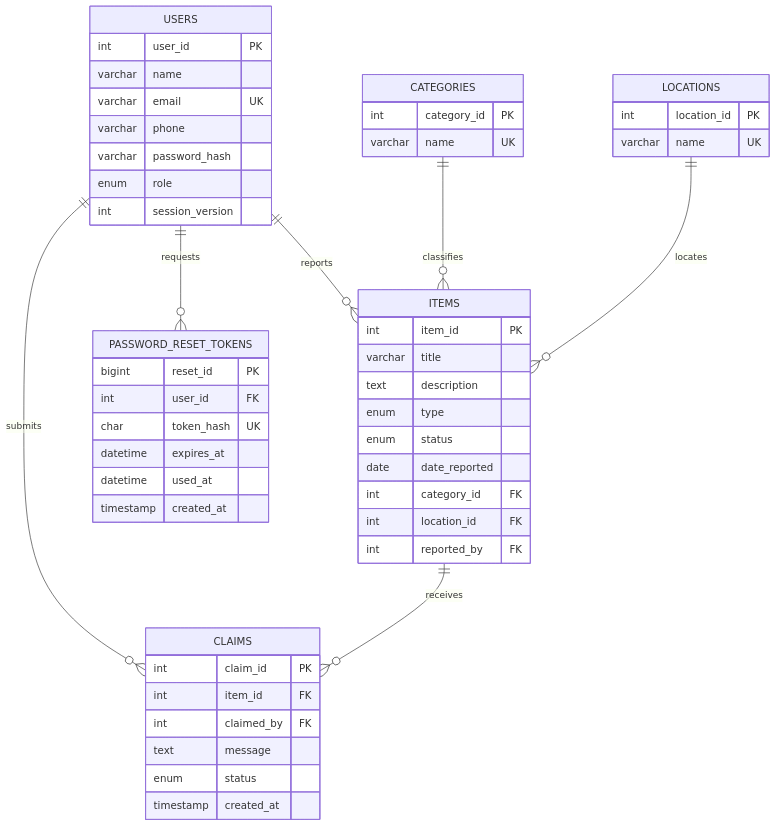
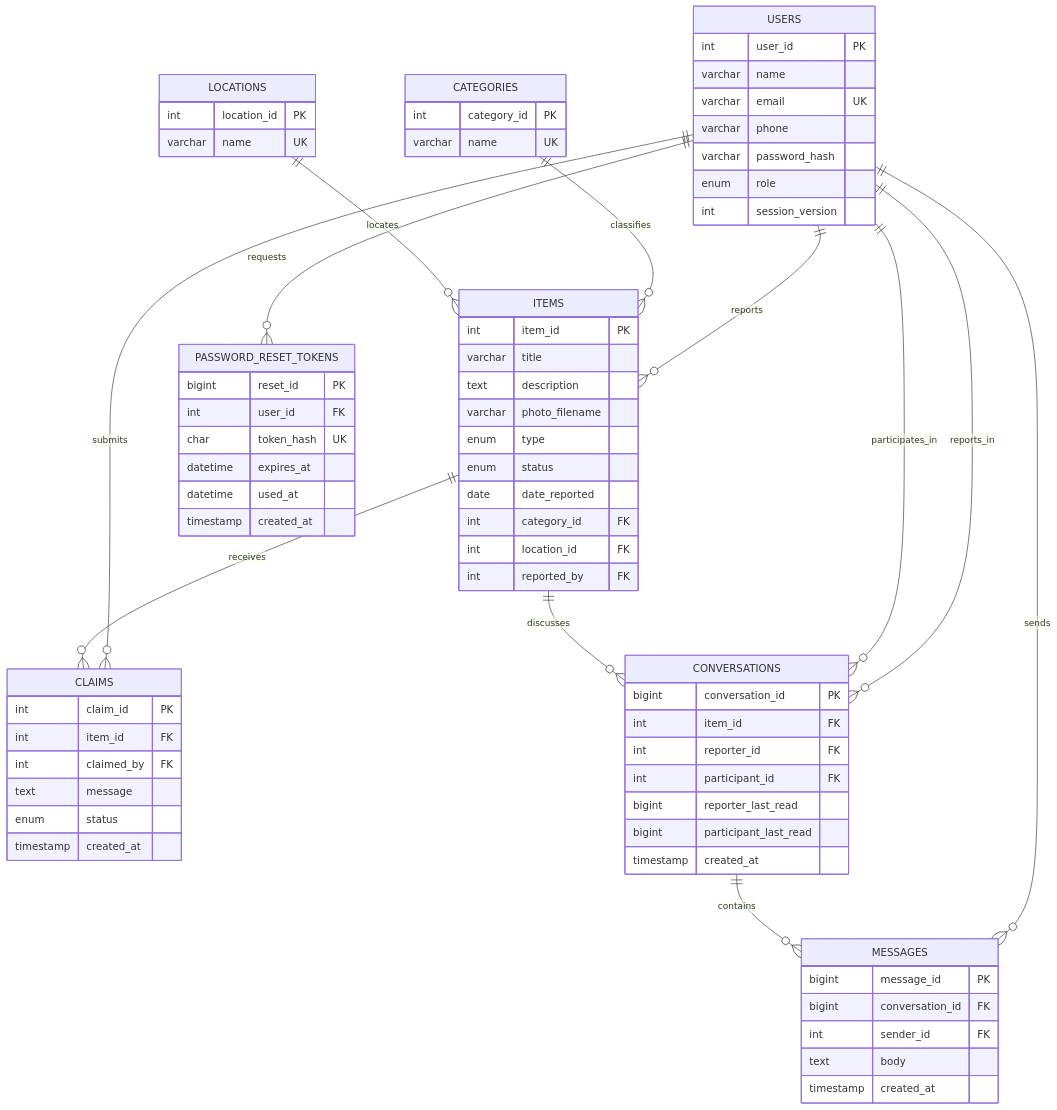
Before and after one commit to Maheqbin372/lostfound-node: the diagram in database/ER-diagram.md, drawn with Mermaid. The commit also changed other lines of this file and 20 other files, not shown here.

Commit message:
Add item photo uploads and private per-item messaging

````diff
--- a/database/ER-diagram.md
+++ b/database/ER-diagram.md
@@ -3,54 +3,76 @@
 ```mermaid
 erDiagram
     USERS ||--o{ ITEMS : reports
     USERS ||--o{ CLAIMS : submits
     USERS ||--o{ PASSWORD_RESET_TOKENS : requests
+    USERS ||--o{ CONVERSATIONS : reports_in
+    USERS ||--o{ CONVERSATIONS : participates_in
+    USERS ||--o{ MESSAGES : sends
+    ITEMS ||--o{ CONVERSATIONS : discusses
+    CONVERSATIONS ||--o{ MESSAGES : contains
     CATEGORIES ||--o{ ITEMS : classifies
     LOCATIONS ||--o{ ITEMS : locates
     ITEMS ||--o{ CLAIMS : receives
 
     USERS {
         int user_id PK
         varchar name
         varchar email UK
         varchar phone
         varchar password_hash
         enum role
         int session_version
     }
     CATEGORIES {
         int category_id PK
         varchar name UK
     }
     LOCATIONS {
         int location_id PK
         varchar name UK
     }
     ITEMS {
         int item_id PK
         varchar title
         text description
+        varchar photo_filename
         enum type
         enum status
         date date_reported
         int category_id FK
         int location_id FK
         int reported_by FK
     }
     CLAIMS {
         int claim_id PK
         int item_id FK
         int claimed_by FK
         text message
         enum status
         timestamp created_at
     }
     PASSWORD_RESET_TOKENS {
         bigint reset_id PK
         int user_id FK
         char token_hash UK
         datetime expires_at
         datetime used_at
         timestamp created_at
     }
+    CONVERSATIONS {
+        bigint conversation_id PK
+        int item_id FK
+        int reporter_id FK
+        int participant_id FK
+        bigint reporter_last_read
+        bigint participant_last_read
+        timestamp created_at
+    }
+    MESSAGES {
+        bigint message_id PK
+        bigint conversation_id FK
+        int sender_id FK
+        text body
+        timestamp created_at
+    }
 ```
````
